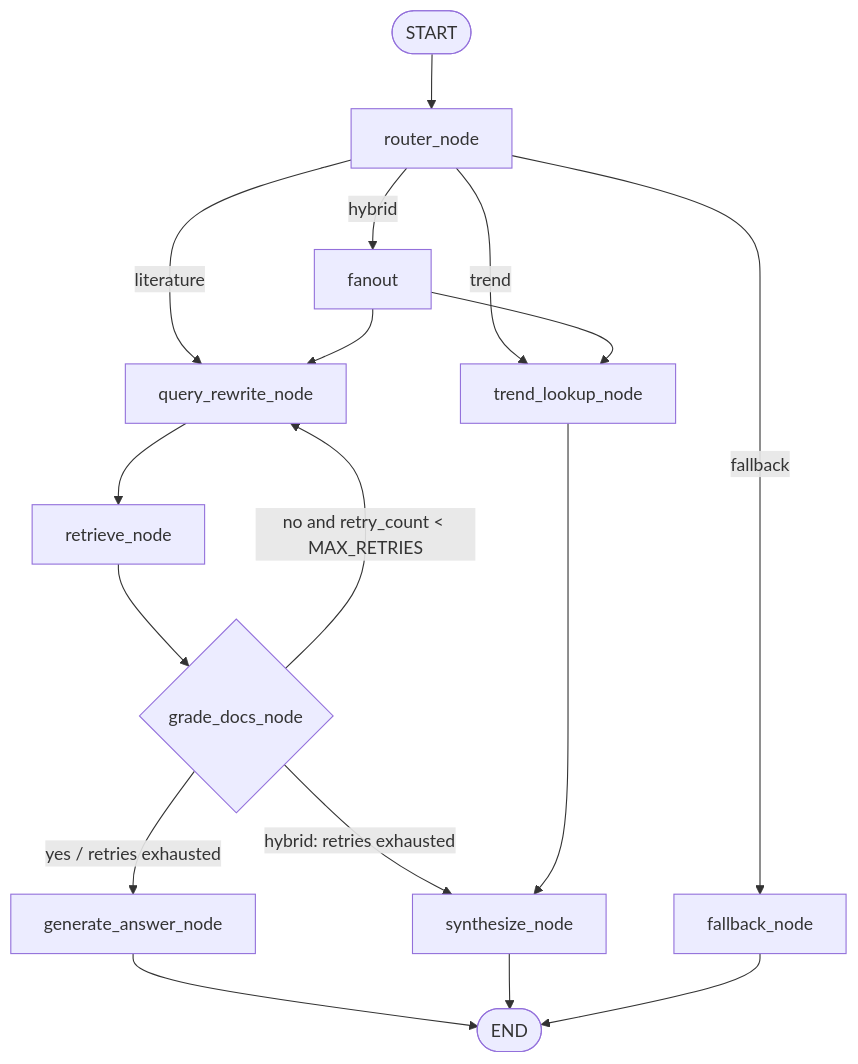
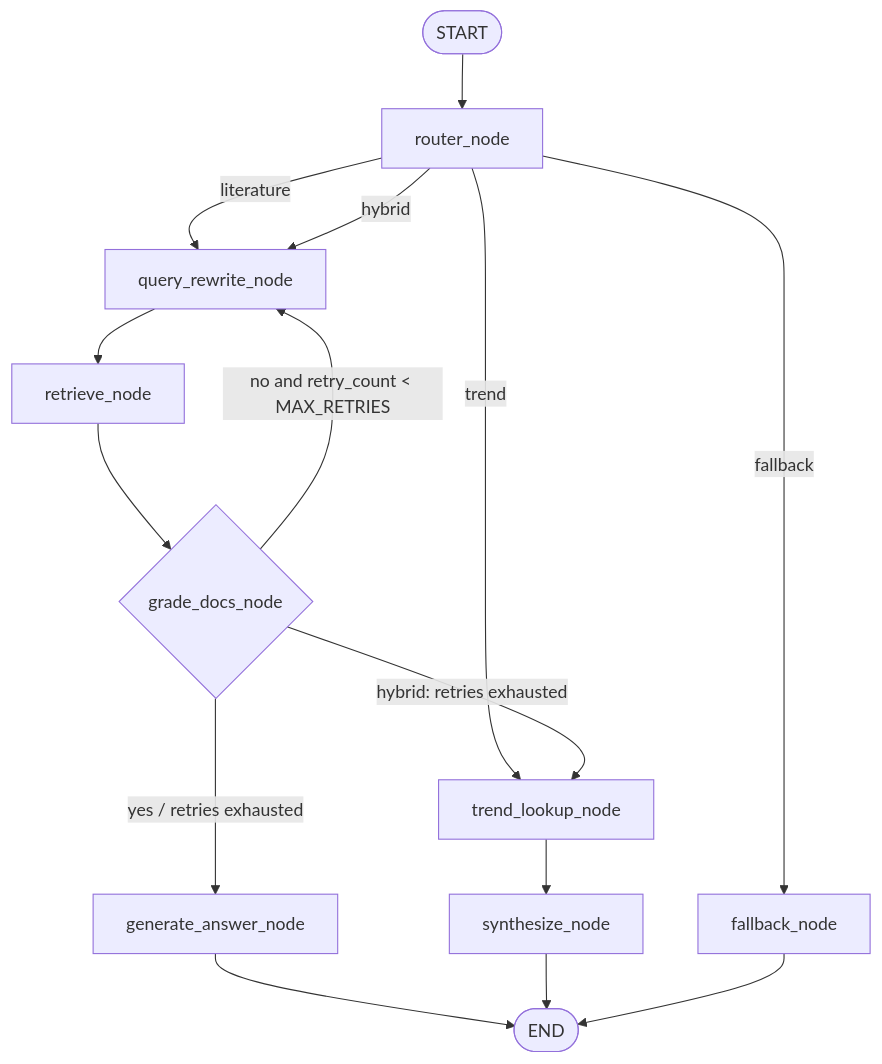
The diagram in README.md (MohammadIbraheem71/research_paper_discovery), drawn with Mermaid before and after one commit. The commit also changed 3 other files, not shown here.

````diff
--- a/README.md
+++ b/README.md
@@ -338,19 +338,17 @@
 ```mermaid
 flowchart TD
     S([START]) --> R[router_node]
     R -->|literature| Q[query_rewrite_node]
     R -->|trend| T[trend_lookup_node]
-    R -->|hybrid| F[fanout]
+    R -->|hybrid| Q
     R -->|fallback| FB[fallback_node]
-    F --> Q
-    F --> T
     Q --> RET[retrieve_node]
     RET --> G{grade_docs_node}
     G -->|no and retry_count < MAX_RETRIES| Q
     G -->|yes / retries exhausted| A[generate_answer_node]
-    G -->|hybrid: retries exhausted| SYN[synthesize_node]
-    T --> SYN
+    G -->|hybrid: retries exhausted| T
+    T --> SYN[synthesize_node]
     A --> E([END])
     SYN --> E
     FB --> E
 ```
````
